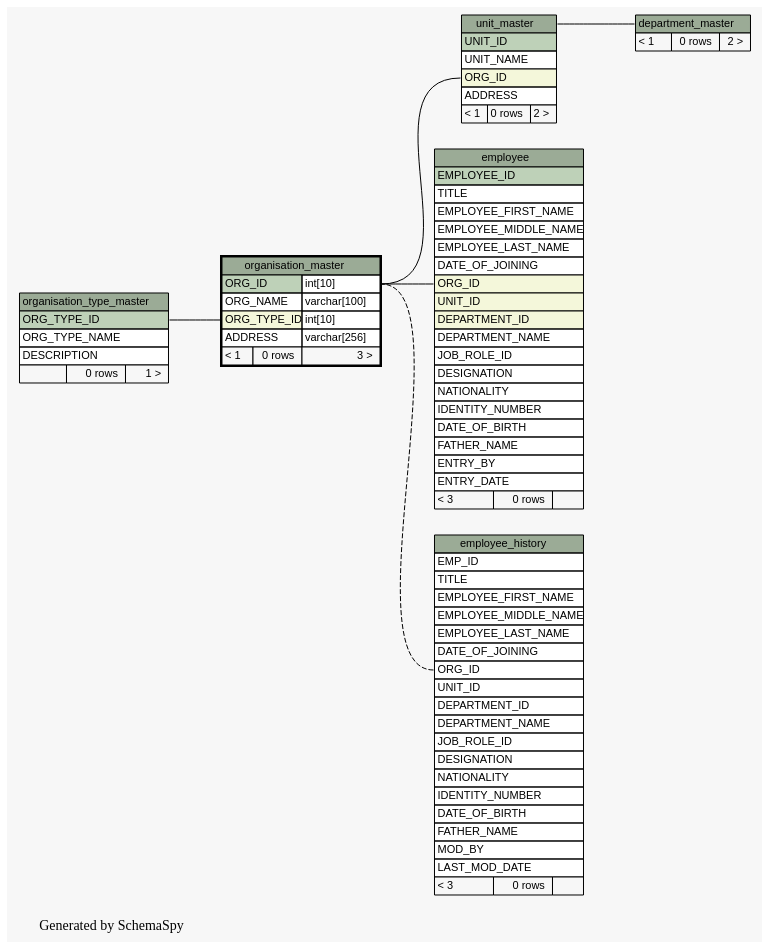
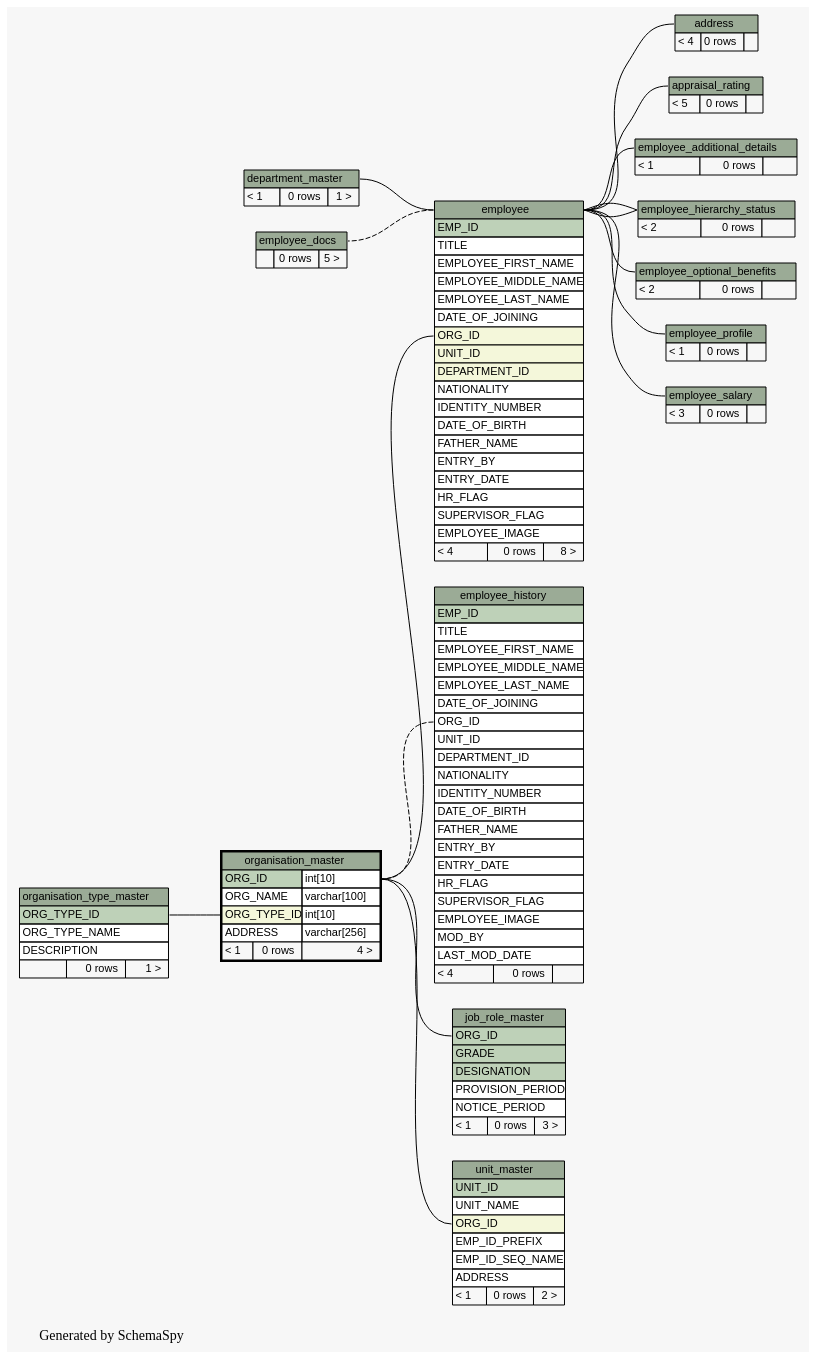
One commit to engineerscraft/hrms changed the diagram in docs/database/schemaspy/graphs/organisation_master.implied2degrees.dot. Above: the diagram before and after it, drawn with Graphviz. The commit also changed 168 other files, not shown here.

Commit message:
Database script modified and schemaspy doc generated

```diff
--- a/docs/database/schemaspy/graphs/organisation_master.implied2degrees.dot
+++ b/docs/database/schemaspy/graphs/organisation_master.implied2degrees.dot
@@ -14,16 +14,44 @@
   edge [
     arrowsize="0.8"
   ];
-  "department_master":"department_master.heading":w -> "unit_master":"unit_master.heading":e [arrowtail=crowodot arrowhead=none];
+  "address":"address.heading":w -> "employee":"employee.heading":e [arrowtail=tee arrowhead=none];
+  "appraisal_rating":"appraisal_rating.heading":w -> "employee":"employee.heading":e [arrowtail=crowtee arrowhead=none];
+  "employee":"employee.heading":w -> "department_master":"department_master.heading":e [arrowtail=crowodot arrowhead=none];
+  "employee":"employee.heading":w -> "employee_docs":"employee_docs.heading":e [arrowtail=tee arrowhead=none style=dashed];
   "employee":"ORG_ID":w -> "organisation_master":"ORG_ID.type":e [arrowtail=crowodot arrowhead=none];
+  "employee_additional_details":"employee_additional_details.heading":w -> "employee":"employee.heading":e [arrowtail=tee arrowhead=none];
+  "employee_hierarchy_status":"employee_hierarchy_status.heading":w -> "employee":"employee.heading":e [arrowtail=tee arrowhead=none];
+  "employee_hierarchy_status":"employee_hierarchy_status.heading":w -> "employee":"employee.heading":e [arrowtail=crowodot arrowhead=none];
   "employee_history":"ORG_ID":w -> "organisation_master":"ORG_ID.type":e [arrowtail=crowodot arrowhead=none style=dashed];
+  "employee_optional_benefits":"employee_optional_benefits.heading":w -> "employee":"employee.heading":e [arrowtail=crowodot arrowhead=none];
+  "employee_profile":"employee_profile.heading":w -> "employee":"employee.heading":e [arrowtail=tee arrowhead=none];
+  "employee_salary":"employee_salary.heading":w -> "employee":"employee.heading":e [arrowtail=crowtee arrowhead=none];
+  "job_role_master":"ORG_ID":w -> "organisation_master":"ORG_ID.type":e [arrowtail=crowtee arrowhead=none];
   "organisation_master":"ORG_TYPE_ID":w -> "organisation_type_master":"ORG_TYPE_ID":e [arrowtail=crowodot arrowhead=none];
   "unit_master":"ORG_ID":w -> "organisation_master":"ORG_ID.type":e [arrowtail=crowodot arrowhead=none];
+  "address" [
+    label=<
+    <TABLE BORDER="0" CELLBORDER="1" CELLSPACING="0" BGCOLOR="#ffffff">
+      <TR><TD PORT="address.heading" COLSPAN="3" BGCOLOR="#9bab96" ALIGN="CENTER">address</TD></TR>
+      <TR><TD ALIGN="LEFT" BGCOLOR="#f7f7f7">&lt; 4</TD><TD ALIGN="RIGHT" BGCOLOR="#f7f7f7">0 rows</TD><TD ALIGN="RIGHT" BGCOLOR="#f7f7f7">  </TD></TR>
+    </TABLE>>
+    URL="address.html#graph"
+    tooltip="address"
+  ];
+  "appraisal_rating" [
+    label=<
+    <TABLE BORDER="0" CELLBORDER="1" CELLSPACING="0" BGCOLOR="#ffffff">
+      <TR><TD PORT="appraisal_rating.heading" COLSPAN="3" BGCOLOR="#9bab96" ALIGN="CENTER">appraisal_rating</TD></TR>
+      <TR><TD ALIGN="LEFT" BGCOLOR="#f7f7f7">&lt; 5</TD><TD ALIGN="RIGHT" BGCOLOR="#f7f7f7">0 rows</TD><TD ALIGN="RIGHT" BGCOLOR="#f7f7f7">  </TD></TR>
+    </TABLE>>
+    URL="appraisal_rating.html#graph"
+    tooltip="appraisal_rating"
+  ];
   "department_master" [
     label=<
     <TABLE BORDER="0" CELLBORDER="1" CELLSPACING="0" BGCOLOR="#ffffff">
       <TR><TD PORT="department_master.heading" COLSPAN="3" BGCOLOR="#9bab96" ALIGN="CENTER">department_master</TD></TR>
-      <TR><TD ALIGN="LEFT" BGCOLOR="#f7f7f7">&lt; 1</TD><TD ALIGN="RIGHT" BGCOLOR="#f7f7f7">0 rows</TD><TD ALIGN="RIGHT" BGCOLOR="#f7f7f7">2 &gt;</TD></TR>
+      <TR><TD ALIGN="LEFT" BGCOLOR="#f7f7f7">&lt; 1</TD><TD ALIGN="RIGHT" BGCOLOR="#f7f7f7">0 rows</TD><TD ALIGN="RIGHT" BGCOLOR="#f7f7f7">1 &gt;</TD></TR>
     </TABLE>>
     URL="department_master.html#graph"
     tooltip="department_master"
@@ -32,7 +60,7 @@
     label=<
     <TABLE BORDER="0" CELLBORDER="1" CELLSPACING="0" BGCOLOR="#ffffff">
       <TR><TD PORT="employee.heading" COLSPAN="3" BGCOLOR="#9bab96" ALIGN="CENTER">employee</TD></TR>
-      <TR><TD PORT="EMPLOYEE_ID" COLSPAN="3" BGCOLOR="#bed1b8" ALIGN="LEFT">EMPLOYEE_ID</TD></TR>
+      <TR><TD PORT="EMP_ID" COLSPAN="3" BGCOLOR="#bed1b8" ALIGN="LEFT">EMP_ID</TD></TR>
       <TR><TD PORT="TITLE" COLSPAN="3" ALIGN="LEFT">TITLE</TD></TR>
       <TR><TD PORT="EMPLOYEE_FIRST_NAME" COLSPAN="3" ALIGN="LEFT">EMPLOYEE_FIRST_NAME</TD></TR>
       <TR><TD PORT="EMPLOYEE_MIDDLE_NAME" COLSPAN="3" ALIGN="LEFT">EMPLOYEE_MIDDLE_NAME</TD></TR>
@@ -41,25 +69,52 @@
       <TR><TD PORT="ORG_ID" COLSPAN="3" BGCOLOR="#f4f7da" ALIGN="LEFT">ORG_ID</TD></TR>
       <TR><TD PORT="UNIT_ID" COLSPAN="3" BGCOLOR="#f4f7da" ALIGN="LEFT">UNIT_ID</TD></TR>
       <TR><TD PORT="DEPARTMENT_ID" COLSPAN="3" BGCOLOR="#f4f7da" ALIGN="LEFT">DEPARTMENT_ID</TD></TR>
-      <TR><TD PORT="DEPARTMENT_NAME" COLSPAN="3" ALIGN="LEFT">DEPARTMENT_NAME</TD></TR>
-      <TR><TD PORT="JOB_ROLE_ID" COLSPAN="3" ALIGN="LEFT">JOB_ROLE_ID</TD></TR>
-      <TR><TD PORT="DESIGNATION" COLSPAN="3" ALIGN="LEFT">DESIGNATION</TD></TR>
       <TR><TD PORT="NATIONALITY" COLSPAN="3" ALIGN="LEFT">NATIONALITY</TD></TR>
       <TR><TD PORT="IDENTITY_NUMBER" COLSPAN="3" ALIGN="LEFT">IDENTITY_NUMBER</TD></TR>
       <TR><TD PORT="DATE_OF_BIRTH" COLSPAN="3" ALIGN="LEFT">DATE_OF_BIRTH</TD></TR>
       <TR><TD PORT="FATHER_NAME" COLSPAN="3" ALIGN="LEFT">FATHER_NAME</TD></TR>
       <TR><TD PORT="ENTRY_BY" COLSPAN="3" ALIGN="LEFT">ENTRY_BY</TD></TR>
       <TR><TD PORT="ENTRY_DATE" COLSPAN="3" ALIGN="LEFT">ENTRY_DATE</TD></TR>
-      <TR><TD ALIGN="LEFT" BGCOLOR="#f7f7f7">&lt; 3</TD><TD ALIGN="RIGHT" BGCOLOR="#f7f7f7">0 rows</TD><TD ALIGN="RIGHT" BGCOLOR="#f7f7f7">  </TD></TR>
+      <TR><TD PORT="HR_FLAG" COLSPAN="3" ALIGN="LEFT">HR_FLAG</TD></TR>
+      <TR><TD PORT="SUPERVISOR_FLAG" COLSPAN="3" ALIGN="LEFT">SUPERVISOR_FLAG</TD></TR>
+      <TR><TD PORT="EMPLOYEE_IMAGE" COLSPAN="3" ALIGN="LEFT">EMPLOYEE_IMAGE</TD></TR>
+      <TR><TD ALIGN="LEFT" BGCOLOR="#f7f7f7">&lt; 4</TD><TD ALIGN="RIGHT" BGCOLOR="#f7f7f7">0 rows</TD><TD ALIGN="RIGHT" BGCOLOR="#f7f7f7">8 &gt;</TD></TR>
     </TABLE>>
     URL="employee.html#graph"
     tooltip="employee"
+  ];
+  "employee_additional_details" [
+    label=<
+    <TABLE BORDER="0" CELLBORDER="1" CELLSPACING="0" BGCOLOR="#ffffff">
+      <TR><TD PORT="employee_additional_details.heading" COLSPAN="3" BGCOLOR="#9bab96" ALIGN="CENTER">employee_additional_details</TD></TR>
+      <TR><TD ALIGN="LEFT" BGCOLOR="#f7f7f7">&lt; 1</TD><TD ALIGN="RIGHT" BGCOLOR="#f7f7f7">0 rows</TD><TD ALIGN="RIGHT" BGCOLOR="#f7f7f7">  </TD></TR>
+    </TABLE>>
+    URL="employee_additional_details.html#graph"
+    tooltip="employee_additional_details"
+  ];
+  "employee_docs" [
+    label=<
+    <TABLE BORDER="0" CELLBORDER="1" CELLSPACING="0" BGCOLOR="#ffffff">
+      <TR><TD PORT="employee_docs.heading" COLSPAN="3" BGCOLOR="#9bab96" ALIGN="CENTER">employee_docs</TD></TR>
+      <TR><TD ALIGN="LEFT" BGCOLOR="#f7f7f7">  </TD><TD ALIGN="RIGHT" BGCOLOR="#f7f7f7">0 rows</TD><TD ALIGN="RIGHT" BGCOLOR="#f7f7f7">5 &gt;</TD></TR>
+    </TABLE>>
+    URL="employee_docs.html#graph"
+    tooltip="employee_docs"
+  ];
+  "employee_hierarchy_status" [
+    label=<
+    <TABLE BORDER="0" CELLBORDER="1" CELLSPACING="0" BGCOLOR="#ffffff">
+      <TR><TD PORT="employee_hierarchy_status.heading" COLSPAN="3" BGCOLOR="#9bab96" ALIGN="CENTER">employee_hierarchy_status</TD></TR>
+      <TR><TD ALIGN="LEFT" BGCOLOR="#f7f7f7">&lt; 2</TD><TD ALIGN="RIGHT" BGCOLOR="#f7f7f7">0 rows</TD><TD ALIGN="RIGHT" BGCOLOR="#f7f7f7">  </TD></TR>
+    </TABLE>>
+    URL="employee_hierarchy_status.html#graph"
+    tooltip="employee_hierarchy_status"
   ];
   "employee_history" [
     label=<
     <TABLE BORDER="0" CELLBORDER="1" CELLSPACING="0" BGCOLOR="#ffffff">
       <TR><TD PORT="employee_history.heading" COLSPAN="3" BGCOLOR="#9bab96" ALIGN="CENTER">employee_history</TD></TR>
-      <TR><TD PORT="EMP_ID" COLSPAN="3" ALIGN="LEFT">EMP_ID</TD></TR>
+      <TR><TD PORT="EMP_ID" COLSPAN="3" BGCOLOR="#bed1b8" ALIGN="LEFT">EMP_ID</TD></TR>
       <TR><TD PORT="TITLE" COLSPAN="3" ALIGN="LEFT">TITLE</TD></TR>
       <TR><TD PORT="EMPLOYEE_FIRST_NAME" COLSPAN="3" ALIGN="LEFT">EMPLOYEE_FIRST_NAME</TD></TR>
       <TR><TD PORT="EMPLOYEE_MIDDLE_NAME" COLSPAN="3" ALIGN="LEFT">EMPLOYEE_MIDDLE_NAME</TD></TR>
@@ -68,19 +123,62 @@
       <TR><TD PORT="ORG_ID" COLSPAN="3" ALIGN="LEFT">ORG_ID</TD></TR>
       <TR><TD PORT="UNIT_ID" COLSPAN="3" ALIGN="LEFT">UNIT_ID</TD></TR>
       <TR><TD PORT="DEPARTMENT_ID" COLSPAN="3" ALIGN="LEFT">DEPARTMENT_ID</TD></TR>
-      <TR><TD PORT="DEPARTMENT_NAME" COLSPAN="3" ALIGN="LEFT">DEPARTMENT_NAME</TD></TR>
-      <TR><TD PORT="JOB_ROLE_ID" COLSPAN="3" ALIGN="LEFT">JOB_ROLE_ID</TD></TR>
-      <TR><TD PORT="DESIGNATION" COLSPAN="3" ALIGN="LEFT">DESIGNATION</TD></TR>
       <TR><TD PORT="NATIONALITY" COLSPAN="3" ALIGN="LEFT">NATIONALITY</TD></TR>
       <TR><TD PORT="IDENTITY_NUMBER" COLSPAN="3" ALIGN="LEFT">IDENTITY_NUMBER</TD></TR>
       <TR><TD PORT="DATE_OF_BIRTH" COLSPAN="3" ALIGN="LEFT">DATE_OF_BIRTH</TD></TR>
       <TR><TD PORT="FATHER_NAME" COLSPAN="3" ALIGN="LEFT">FATHER_NAME</TD></TR>
+      <TR><TD PORT="ENTRY_BY" COLSPAN="3" ALIGN="LEFT">ENTRY_BY</TD></TR>
+      <TR><TD PORT="ENTRY_DATE" COLSPAN="3" ALIGN="LEFT">ENTRY_DATE</TD></TR>
+      <TR><TD PORT="HR_FLAG" COLSPAN="3" ALIGN="LEFT">HR_FLAG</TD></TR>
+      <TR><TD PORT="SUPERVISOR_FLAG" COLSPAN="3" ALIGN="LEFT">SUPERVISOR_FLAG</TD></TR>
+      <TR><TD PORT="EMPLOYEE_IMAGE" COLSPAN="3" ALIGN="LEFT">EMPLOYEE_IMAGE</TD></TR>
       <TR><TD PORT="MOD_BY" COLSPAN="3" ALIGN="LEFT">MOD_BY</TD></TR>
       <TR><TD PORT="LAST_MOD_DATE" COLSPAN="3" ALIGN="LEFT">LAST_MOD_DATE</TD></TR>
-      <TR><TD ALIGN="LEFT" BGCOLOR="#f7f7f7">&lt; 3</TD><TD ALIGN="RIGHT" BGCOLOR="#f7f7f7">0 rows</TD><TD ALIGN="RIGHT" BGCOLOR="#f7f7f7">  </TD></TR>
+      <TR><TD ALIGN="LEFT" BGCOLOR="#f7f7f7">&lt; 4</TD><TD ALIGN="RIGHT" BGCOLOR="#f7f7f7">0 rows</TD><TD ALIGN="RIGHT" BGCOLOR="#f7f7f7">  </TD></TR>
     </TABLE>>
     URL="employee_history.html#graph"
     tooltip="employee_history"
+  ];
+  "employee_optional_benefits" [
+    label=<
+    <TABLE BORDER="0" CELLBORDER="1" CELLSPACING="0" BGCOLOR="#ffffff">
+      <TR><TD PORT="employee_optional_benefits.heading" COLSPAN="3" BGCOLOR="#9bab96" ALIGN="CENTER">employee_optional_benefits</TD></TR>
+      <TR><TD ALIGN="LEFT" BGCOLOR="#f7f7f7">&lt; 2</TD><TD ALIGN="RIGHT" BGCOLOR="#f7f7f7">0 rows</TD><TD ALIGN="RIGHT" BGCOLOR="#f7f7f7">  </TD></TR>
+    </TABLE>>
+    URL="employee_optional_benefits.html#graph"
+    tooltip="employee_optional_benefits"
+  ];
+  "employee_profile" [
+    label=<
+    <TABLE BORDER="0" CELLBORDER="1" CELLSPACING="0" BGCOLOR="#ffffff">
+      <TR><TD PORT="employee_profile.heading" COLSPAN="3" BGCOLOR="#9bab96" ALIGN="CENTER">employee_profile</TD></TR>
+      <TR><TD ALIGN="LEFT" BGCOLOR="#f7f7f7">&lt; 1</TD><TD ALIGN="RIGHT" BGCOLOR="#f7f7f7">0 rows</TD><TD ALIGN="RIGHT" BGCOLOR="#f7f7f7">  </TD></TR>
+    </TABLE>>
+    URL="employee_profile.html#graph"
+    tooltip="employee_profile"
+  ];
+  "employee_salary" [
+    label=<
+    <TABLE BORDER="0" CELLBORDER="1" CELLSPACING="0" BGCOLOR="#ffffff">
+      <TR><TD PORT="employee_salary.heading" COLSPAN="3" BGCOLOR="#9bab96" ALIGN="CENTER">employee_salary</TD></TR>
+      <TR><TD ALIGN="LEFT" BGCOLOR="#f7f7f7">&lt; 3</TD><TD ALIGN="RIGHT" BGCOLOR="#f7f7f7">0 rows</TD><TD ALIGN="RIGHT" BGCOLOR="#f7f7f7">  </TD></TR>
+    </TABLE>>
+    URL="employee_salary.html#graph"
+    tooltip="employee_salary"
+  ];
+  "job_role_master" [
+    label=<
+    <TABLE BORDER="0" CELLBORDER="1" CELLSPACING="0" BGCOLOR="#ffffff">
+      <TR><TD PORT="job_role_master.heading" COLSPAN="3" BGCOLOR="#9bab96" ALIGN="CENTER">job_role_master</TD></TR>
+      <TR><TD PORT="ORG_ID" COLSPAN="3" BGCOLOR="#bed1b8" ALIGN="LEFT">ORG_ID</TD></TR>
+      <TR><TD PORT="GRADE" COLSPAN="3" BGCOLOR="#bed1b8" ALIGN="LEFT">GRADE</TD></TR>
+      <TR><TD PORT="DESIGNATION" COLSPAN="3" BGCOLOR="#bed1b8" ALIGN="LEFT">DESIGNATION</TD></TR>
+      <TR><TD PORT="PROVISION_PERIOD" COLSPAN="3" ALIGN="LEFT">PROVISION_PERIOD</TD></TR>
+      <TR><TD PORT="NOTICE_PERIOD" COLSPAN="3" ALIGN="LEFT">NOTICE_PERIOD</TD></TR>
+      <TR><TD ALIGN="LEFT" BGCOLOR="#f7f7f7">&lt; 1</TD><TD ALIGN="RIGHT" BGCOLOR="#f7f7f7">0 rows</TD><TD ALIGN="RIGHT" BGCOLOR="#f7f7f7">3 &gt;</TD></TR>
+    </TABLE>>
+    URL="job_role_master.html#graph"
+    tooltip="job_role_master"
   ];
   "organisation_master" [
     label=<
@@ -90,7 +188,7 @@
       <TR><TD PORT="ORG_NAME" COLSPAN="2" ALIGN="LEFT">ORG_NAME</TD><TD PORT="ORG_NAME.type" ALIGN="LEFT">varchar[100]</TD></TR>
       <TR><TD PORT="ORG_TYPE_ID" COLSPAN="2" BGCOLOR="#f4f7da" ALIGN="LEFT">ORG_TYPE_ID</TD><TD PORT="ORG_TYPE_ID.type" ALIGN="LEFT">int[10]</TD></TR>
       <TR><TD PORT="ADDRESS" COLSPAN="2" ALIGN="LEFT">ADDRESS</TD><TD PORT="ADDRESS.type" ALIGN="LEFT">varchar[256]</TD></TR>
-      <TR><TD ALIGN="LEFT" BGCOLOR="#f7f7f7">&lt; 1</TD><TD ALIGN="RIGHT" BGCOLOR="#f7f7f7">0 rows</TD><TD ALIGN="RIGHT" BGCOLOR="#f7f7f7">3 &gt;</TD></TR>
+      <TR><TD ALIGN="LEFT" BGCOLOR="#f7f7f7">&lt; 1</TD><TD ALIGN="RIGHT" BGCOLOR="#f7f7f7">0 rows</TD><TD ALIGN="RIGHT" BGCOLOR="#f7f7f7">4 &gt;</TD></TR>
     </TABLE>>
     URL="organisation_master.html#"
     tooltip="organisation_master"
@@ -114,6 +212,8 @@
       <TR><TD PORT="UNIT_ID" COLSPAN="3" BGCOLOR="#bed1b8" ALIGN="LEFT">UNIT_ID</TD></TR>
       <TR><TD PORT="UNIT_NAME" COLSPAN="3" ALIGN="LEFT">UNIT_NAME</TD></TR>
       <TR><TD PORT="ORG_ID" COLSPAN="3" BGCOLOR="#f4f7da" ALIGN="LEFT">ORG_ID</TD></TR>
+      <TR><TD PORT="EMP_ID_PREFIX" COLSPAN="3" ALIGN="LEFT">EMP_ID_PREFIX</TD></TR>
+      <TR><TD PORT="EMP_ID_SEQ_NAME" COLSPAN="3" ALIGN="LEFT">EMP_ID_SEQ_NAME</TD></TR>
       <TR><TD PORT="ADDRESS" COLSPAN="3" ALIGN="LEFT">ADDRESS</TD></TR>
       <TR><TD ALIGN="LEFT" BGCOLOR="#f7f7f7">&lt; 1</TD><TD ALIGN="RIGHT" BGCOLOR="#f7f7f7">0 rows</TD><TD ALIGN="RIGHT" BGCOLOR="#f7f7f7">2 &gt;</TD></TR>
     </TABLE>>
```
